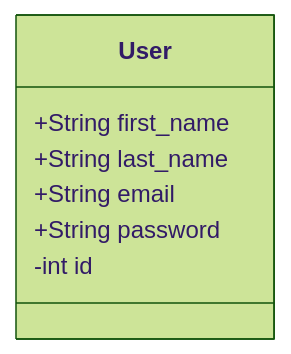
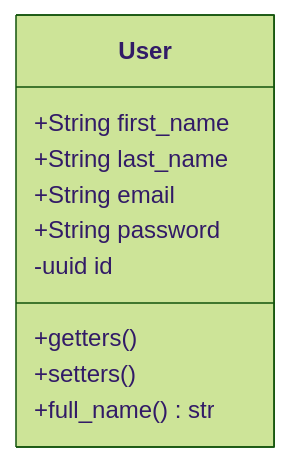
The diagram in docs/docs/entities/user.md (VitorMours/VTasks), drawn with Mermaid (forest theme) before and after one commit. The commit also changed other lines of this file and 12 other files, not shown here.

````diff
--- a/docs/docs/entities/user.md
+++ b/docs/docs/entities/user.md
@@ -13,12 +13,16 @@
 ```mermaid
 
 classDiagram
     class User {
         +String first_name
         +String last_name
         +String email
         +String password
-        -int id
+        -uuid id
+        %% Metodos da classe 
+        +getters()
+        +setters()
+        +full_name() str
     }
 
 ```
````
